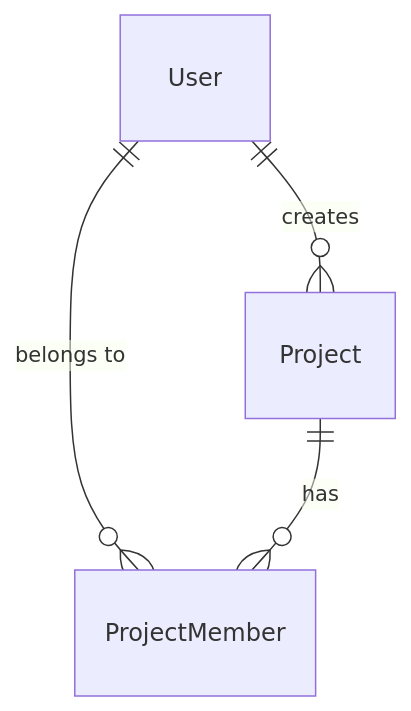
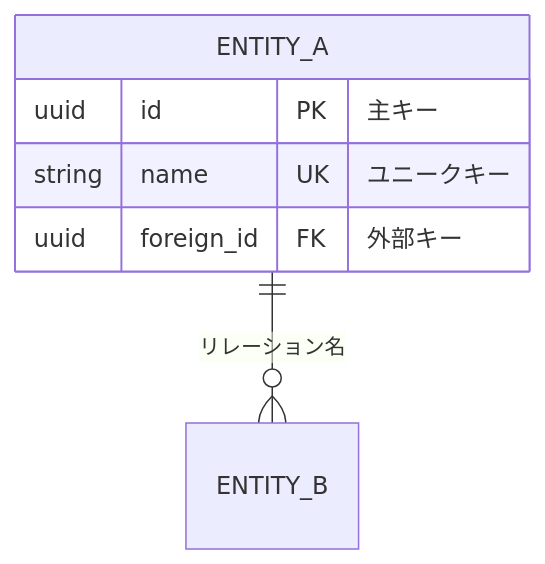
One commit to nomura-koshiro/genai-app-docs changed the first of 6 diagrams in docs/specifications/02-database/02-er-diagram.md. Above: the diagram before and after it, drawn with Mermaid. The commit also changed other lines of this file and 4 other files, not shown here.

First line of the commit message:
docs: markdownlintエラー修正とER図の詳細化

````diff
--- a/docs/specifications/02-database/02-er-diagram.md
+++ b/docs/specifications/02-database/02-er-diagram.md
@@ -73,6 +9,10 @@
 ```mermaid
 erDiagram
-    User ||--o{ Project : "creates"
-    User ||--o{ ProjectMember : "belongs to"
-    Project ||--o{ ProjectMember : "has"
+    ENTITY_A ||--o{ ENTITY_B : "リレーション名"
+
+    ENTITY_A {
+        uuid id PK "主キー"
+        string name UK "ユニークキー"
+        uuid foreign_id FK "外部キー"
+    }
 ```
````
